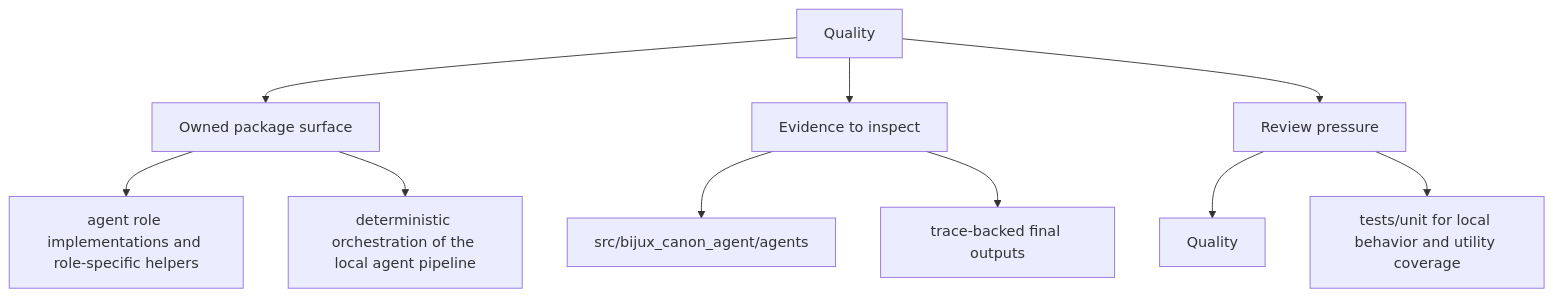
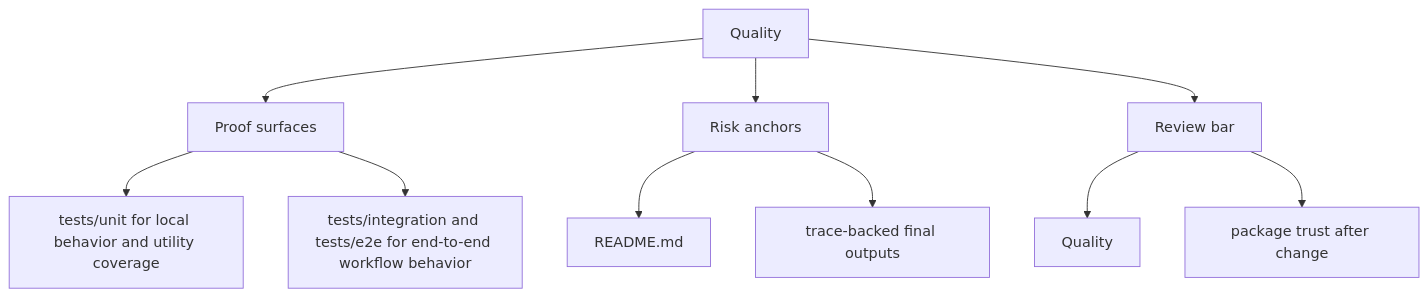
The second of 2 diagrams in docs/bijux-canon-agent/quality/index.md (bijux/bijux-canon), drawn with Mermaid before and after one commit. The commit also changed other lines of this file and 250 other files, not shown here.

Commit message:
docs(diagrams): make product page maps more readable

````diff
--- a/docs/bijux-canon-agent/quality/index.md
+++ b/docs/bijux-canon-agent/quality/index.md
@@ -32,22 +32,22 @@
 ```mermaid
 flowchart TD
     page["Quality"]
-    focus1["Owned package surface"]
+    focus1["Proof surfaces"]
     page --> focus1
-    focus1_1["agent role implementations and role-specific helpers"]
+    focus1_1["tests/unit for local behavior and utility coverage"]
     focus1 --> focus1_1
-    focus1_2["deterministic orchestration of the local agent pipeline"]
+    focus1_2["tests/integration and tests/e2e for end-to-end workflow behavior"]
     focus1 --> focus1_2
-    focus2["Evidence to inspect"]
+    focus2["Risk anchors"]
     page --> focus2
-    focus2_1["src/bijux_canon_agent/agents"]
+    focus2_1["README.md"]
     focus2 --> focus2_1
     focus2_2["trace-backed final outputs"]
     focus2 --> focus2_2
-    focus3["Review pressure"]
+    focus3["Review bar"]
     page --> focus3
     focus3_1["Quality"]
     focus3 --> focus3_1
-    focus3_2["tests/unit for local behavior and utility coverage"]
+    focus3_2["package trust after change"]
     focus3 --> focus3_2
 ```
````
